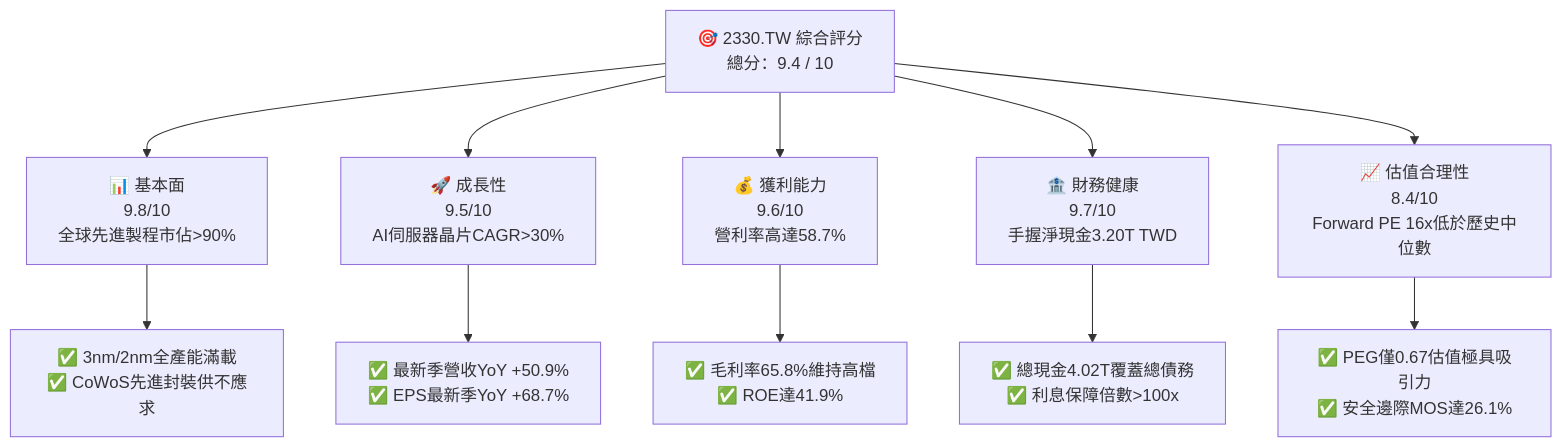
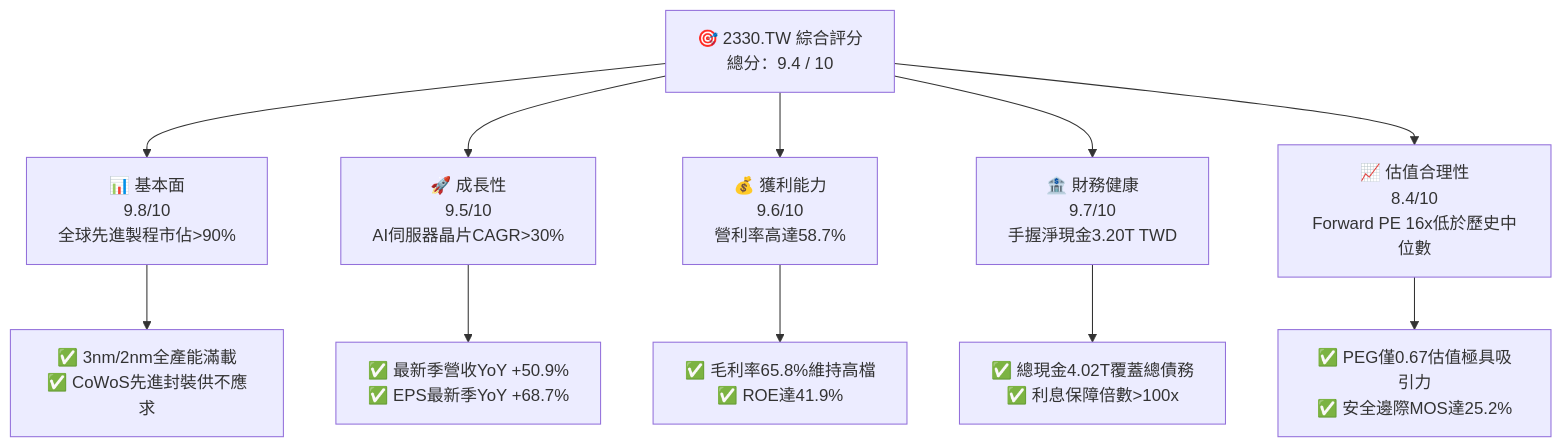
The first of 15 diagrams in ai_gen_report/fundamental/2330.tw/fundamental_analysis_2026-10-23_gemini.md (yennanliu/finance_data), drawn with Mermaid before and after one commit. The commit also changed other lines of this file and 339 other files, not shown here.

````diff
--- a/ai_gen_report/fundamental/2330.tw/fundamental_analysis_2026-10-23_gemini.md
+++ b/ai_gen_report/fundamental/2330.tw/fundamental_analysis_2026-10-23_gemini.md
@@ -73,22 +73,22 @@
 ```mermaid
 graph TD
     TICKER["🎯 2330.TW 綜合評分<br/>總分：9.4 / 10"]
 
     F["📊 基本面<br/>9.8/10<br/>全球先進製程市佔>90%"]
     G["🚀 成長性<br/>9.5/10<br/>AI伺服器晶片CAGR>30%"]
     P["💰 獲利能力<br/>9.6/10<br/>營利率高達58.7%"]
     B["🏦 財務健康<br/>9.7/10<br/>手握淨現金3.20T TWD"]
     V["📈 估值合理性<br/>8.4/10<br/>Forward PE 16x低於歷史中位數"]
 
     TICKER --> F
     TICKER --> G
     TICKER --> P
     TICKER --> B
     TICKER --> V
 
     F --> F1["✅ 3nm/2nm全產能滿載<br/>✅ CoWoS先進封裝供不應求"]
     G --> G1["✅ 最新季營收YoY +50.9%<br/>✅ EPS最新季YoY +68.7%"]
     P --> P1["✅ 毛利率65.8%維持高檔<br/>✅ ROE達41.9%"]
     B --> B1["✅ 總現金4.02T覆蓋總債務<br/>✅ 利息保障倍數>100x"]
-    V --> V1["✅ PEG僅0.67估值極具吸引力<br/>✅ 安全邊際MOS達26.1%"]
+    V --> V1["✅ PEG僅0.67估值極具吸引力<br/>✅ 安全邊際MOS達25.2%"]
 ```
````
